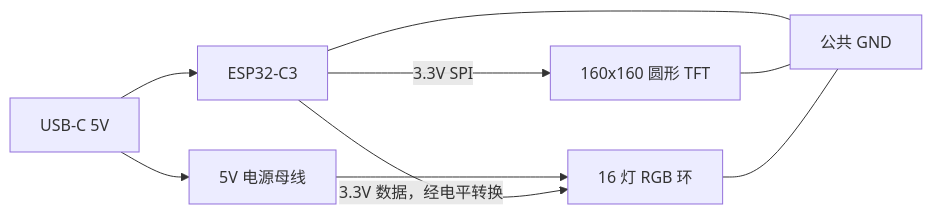
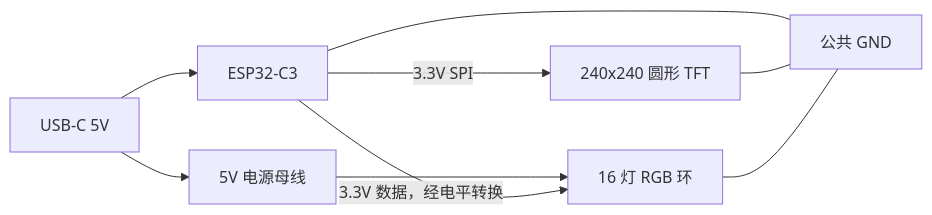
Before and after one commit to eehut/agentmate_esp32: the diagram in docs/hardware_connection.md, drawn with Mermaid. The commit also changed other lines of this file and 3 other files, not shown here.

````diff
--- a/docs/hardware_connection.md
+++ b/docs/hardware_connection.md
@@ -9,11 +9,11 @@
 ```mermaid
 flowchart LR
     USB[USB-C 5V] --> P5V[5V 电源母线]
     USB --> C3[ESP32-C3]
     P5V --> LED[16 灯 RGB 环]
-    C3 -->|3.3V SPI| TFT[160x160 圆形 TFT]
+    C3 -->|3.3V SPI| TFT[240x240 圆形 TFT]
     C3 -->|3.3V 数据，经电平转换| LED
     C3 --- GND[公共 GND]
     TFT --- GND
     LED --- GND
 ```
````
